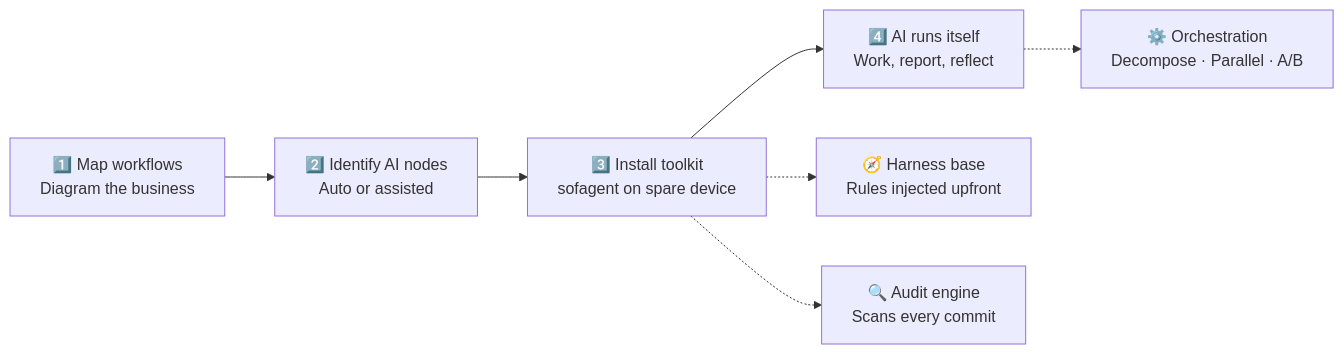
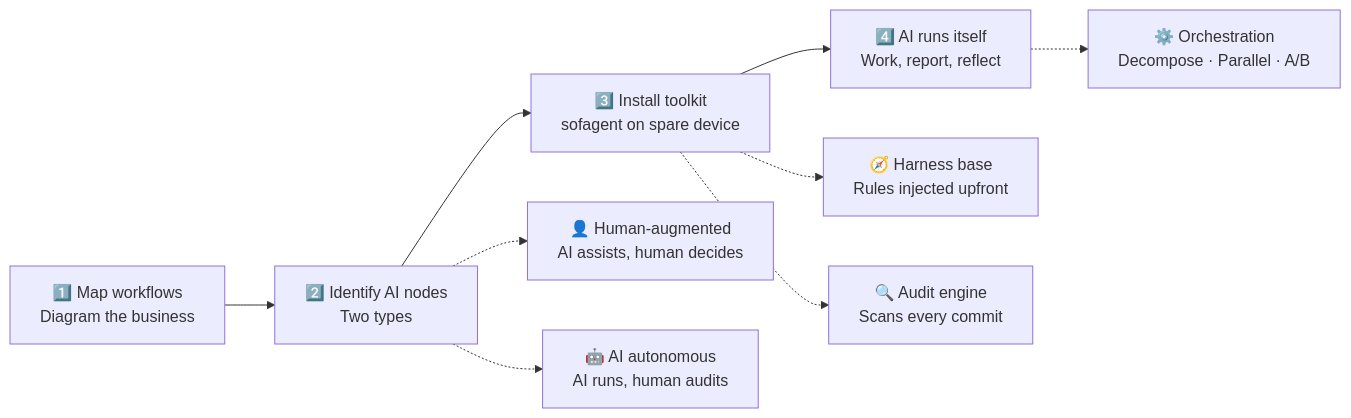
The first of 2 diagrams in docs/README.en.md (KongFangXun/sofagent), drawn with Mermaid before and after one commit. The commit also changed other lines of this file and 3 other files, not shown here.

````diff
--- a/docs/README.en.md
+++ b/docs/README.en.md
@@ -62,10 +62,13 @@
 ```mermaid
 graph LR
-    A["1️⃣ Map workflows<br/>Diagram the business"] --> B["2️⃣ Identify AI nodes<br/>Auto or assisted"]
+    A["1️⃣ Map workflows<br/>Diagram the business"] --> B["2️⃣ Identify AI nodes<br/>Two types"]
     B --> C["3️⃣ Install toolkit<br/>sofagent on spare device"]
     C --> D["4️⃣ AI runs itself<br/>Work, report, reflect"]
+
+    B -.-> H["👤 Human-augmented<br/>AI assists, human decides"]
+    B -.-> I["🤖 AI autonomous<br/>AI runs, human audits"]
 
     C -.-> E["🧭 Harness base<br/>Rules injected upfront"]
     C -.-> F["🔍 Audit engine<br/>Scans every commit"]
     D -.-> G["⚙️ Orchestration<br/>Decompose · Parallel · A/B"]
 ```
````
